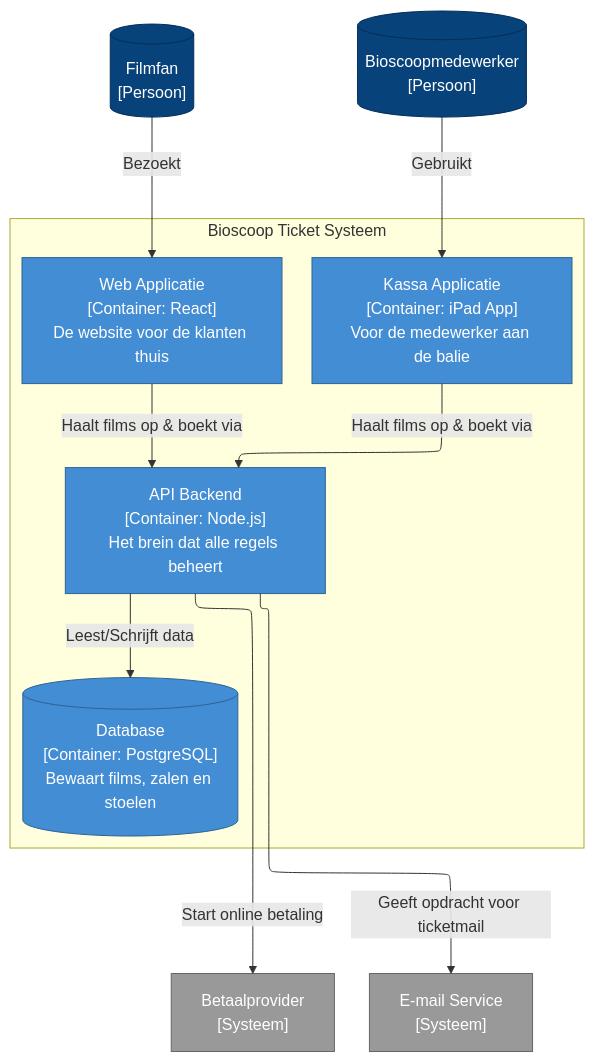
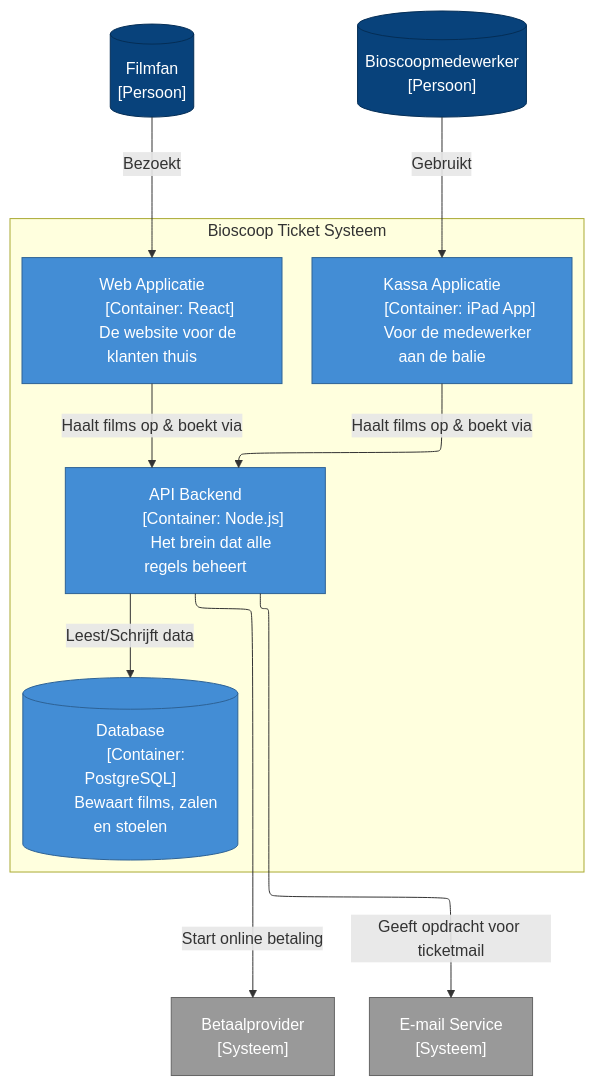
The diagram in 02-containers.md (jensdev/architecture-as-code), drawn with Mermaid before and after one commit. The commit also changed other lines of this file and 2 other files, not shown here.

````diff
--- a/02-containers.md
+++ b/02-containers.md
@@ -1,42 +7,56 @@
 ```mermaid
 ---
 config:
   flowchart:
     defaultRenderer: "elk"
 ---
 flowchart TB
     %% Styling
     classDef person fill:#08427b,stroke:#052e56,color:#fff
     classDef container fill:#438dd5,stroke:#2e6295,color:#fff
     classDef external fill:#999999,stroke:#666666,color:#fff
     classDef database fill:#438dd5,stroke:#2e6295,color:#fff,shape:cylinder
 
     %% Actoren & Externe systemen van Niveau 1 (als context)
-    Klant[("Filmfan\n[Persoon]")]:::person
-    Kassa[("Bioscoopmedewerker\n[Persoon]")]:::person
-    Betaal["Betaalprovider\n[Systeem]"]:::external
-    Mail["E-mail Service\n[Systeem]"]:::external
+    Klant[("Filmfan
+    [Persoon]")]:::person
+    Kassa[("Bioscoopmedewerker
+    [Persoon]")]:::person
+    Betaal["Betaalprovider
+    [Systeem]"]:::external
+    Mail["E-mail Service
+    [Systeem]"]:::external
 
     %% De binnenkant van ons systeem
     subgraph TICKETS ["Bioscoop Ticket Systeem"]
         direction TB
         
-        WebApp["Web Applicatie\n[Container: React]\nDe website voor de klanten thuis"]:::container
-        POS["Kassa Applicatie\n[Container: iPad App]\nVoor de medewerker aan de balie"]:::container
+        WebApp["Web Applicatie
+        [Container: React]
+        De website voor de klanten thuis"]:::container
+        POS["Kassa Applicatie
+        [Container: iPad App]
+        Voor de medewerker aan de balie"]:::container
         
-        API["API Backend\n[Container: Node.js]\nHet brein dat alle regels beheert"]:::container
+        API["API Backend
+        [Container: Node.js]
+        Het brein dat alle regels beheert"]:::container
         
-        DB[("Database\n[Container: PostgreSQL]\nBewaart films, zalen en stoelen")]:::database
+        DB[("Database
+        [Container: PostgreSQL]
+        Bewaart films, zalen en stoelen")]:::database
     end
 
     %% Relaties
     Klant -->|"Bezoekt"| WebApp
     Kassa -->|"Gebruikt"| POS
 
     WebApp -->|"Haalt films op & boekt via"| API
     POS -->|"Haalt films op & boekt via"| API
 
     API -->|"Leest/Schrijft data"| DB
     API -->|"Start online betaling"| Betaal
     API -->|"Geeft opdracht voor ticketmail"| Mail
+
+    click API "https://github.com/jensdev/architecture-as-code/blob/main/03-components.md" "Bekijk de API Componenten" _top
 ```
````
